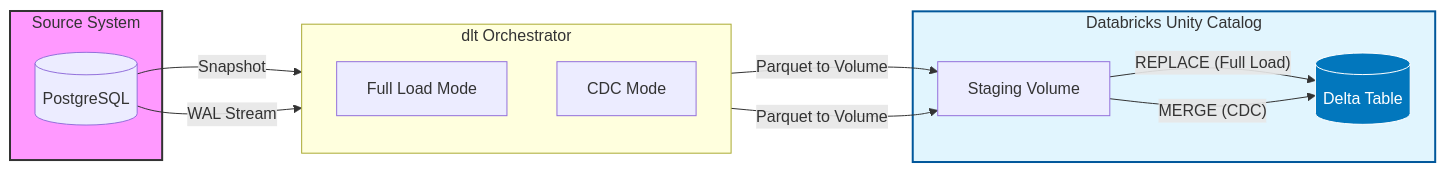
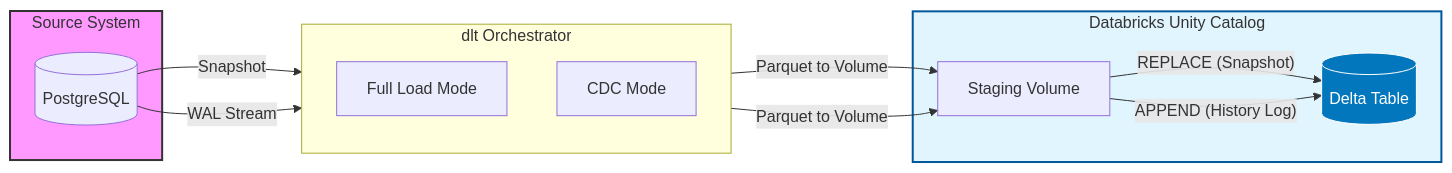
The diagram in README.md (victor-antoniassi/postgres-to-databricks-cdc), drawn with Mermaid before and after one commit. The commit also changed other lines of this file, not shown here.

First line of the commit message:
docs: Update README to reflect Append-Only architecture and correct execution commands

````diff
--- a/README.md
+++ b/README.md
@@ -58,32 +62,32 @@
 ```mermaid
 flowchart LR
     subgraph Source [Source System]
         PG[(PostgreSQL)]
     end
 
     subgraph Pipeline [dlt Orchestrator]
         direction TB
         FullLoad[Full Load Mode]
         CDC[CDC Mode]
     end
     
     subgraph Target [Databricks Unity Catalog]
         Volume[Staging Volume]
         Delta[(Delta Table)]
     end
 
     %% Data Flow
     PG -->|Snapshot| FullLoad
     PG -->|WAL Stream| CDC
     
     FullLoad -->|Parquet to Volume| Volume
     CDC -->|Parquet to Volume| Volume
     
-    Volume -- REPLACE (Full Load) --> Delta
-    Volume -- MERGE (CDC) --> Delta
+    Volume -- REPLACE (Snapshot) --> Delta
+    Volume -- APPEND (History Log) --> Delta
     
     %% Styling
     style Source fill:#f9f,stroke:#333,stroke-width:2px
     style Target fill:#e1f5fe,stroke:#01579b,stroke-width:2px
     style Delta fill:#0277bd,stroke:#fff,color:#fff
 ```
````
